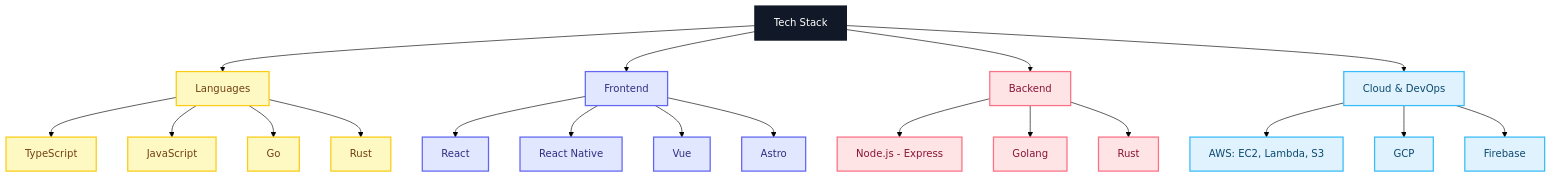
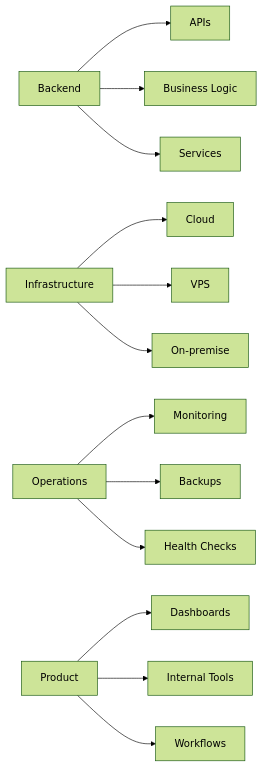
One commit to DZAKYALR/DZAKYALR changed the diagram in README.md. Above: the diagram before and after it, drawn with Mermaid (forest theme). The commit also changed other lines of this file, not shown here.

````diff
--- a/README.md
+++ b/README.md
@@ -55,46 +44,18 @@
 ```mermaid
-flowchart TD
-    A[Tech Stack]
+flowchart LR
+    A[Backend] --> B[APIs]
+    A --> C[Business Logic]
+    A --> D[Services]
 
-    B[Languages]
-    C[Frontend]
-    D[Backend]
-    E[Cloud & DevOps]
+    E[Infrastructure] --> F[Cloud]
+    E --> G[VPS]
+    E --> H[On-premise]
 
-    A --> B
-    A --> C
-    A --> D
-    A --> E
+    I[Operations] --> J[Monitoring]
+    I --> K[Backups]
+    I --> L[Health Checks]
 
-    B --> B1[TypeScript]
-    B --> B2[JavaScript]
-    B --> B3[Go]
-    B --> B4[Rust]
-
-    C --> C1[React]
-    C --> C2[React Native]
-    C --> C3[Vue]
-    C --> C4[Astro]
-
-    D --> D1[Node.js - Express]
-    D --> D2[Golang]
-    D --> D3[Rust]
-
-    E --> E1[AWS: EC2, Lambda, S3]
-    E --> E2[GCP]
-    E --> E3[Firebase]
-
-    classDef header fill:#111827,color:#ffffff,stroke:#111827,stroke-width:2px;
-
-    classDef catLang fill:#FEF9C3,color:#713F12,stroke:#FACC15,stroke-width:2px;
-    classDef catFront fill:#E0E7FF,color:#312E81,stroke:#6366F1,stroke-width:2px;
-    classDef catBack fill:#FFE4E6,color:#881337,stroke:#FB7185,stroke-width:2px;
-    classDef catCloud fill:#E0F2FE,color:#0C4A6E,stroke:#38BDF8,stroke-width:2px;
-
-    class A header;
-
-    class B,B1,B2,B3,B4 catLang;
-    class C,C1,C2,C3,C4 catFront;
-    class D,D1,D2,D3 catBack;
-    class E,E1,E2,E3 catCloud;
+    M[Product] --> N[Dashboards]
+    M --> O[Internal Tools]
+    M --> P[Workflows]
 ```
````
